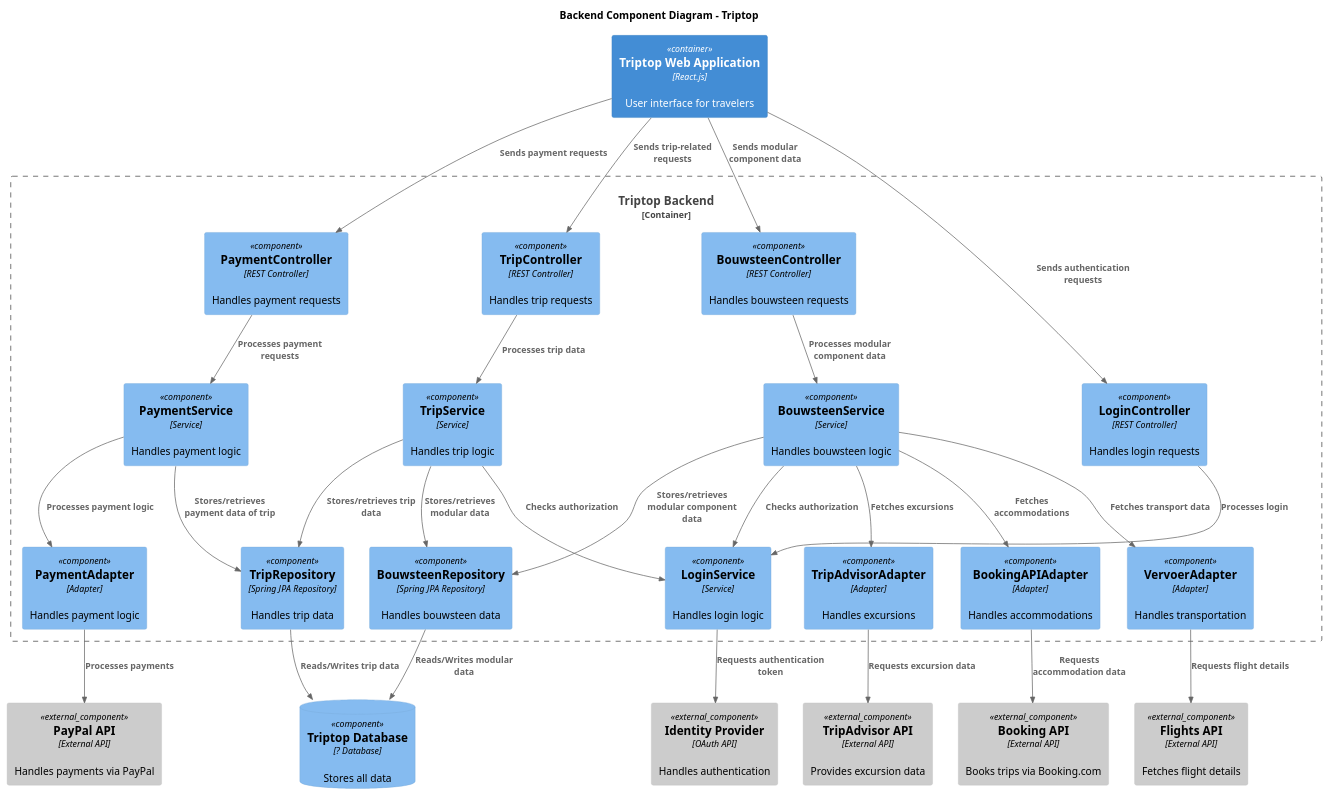
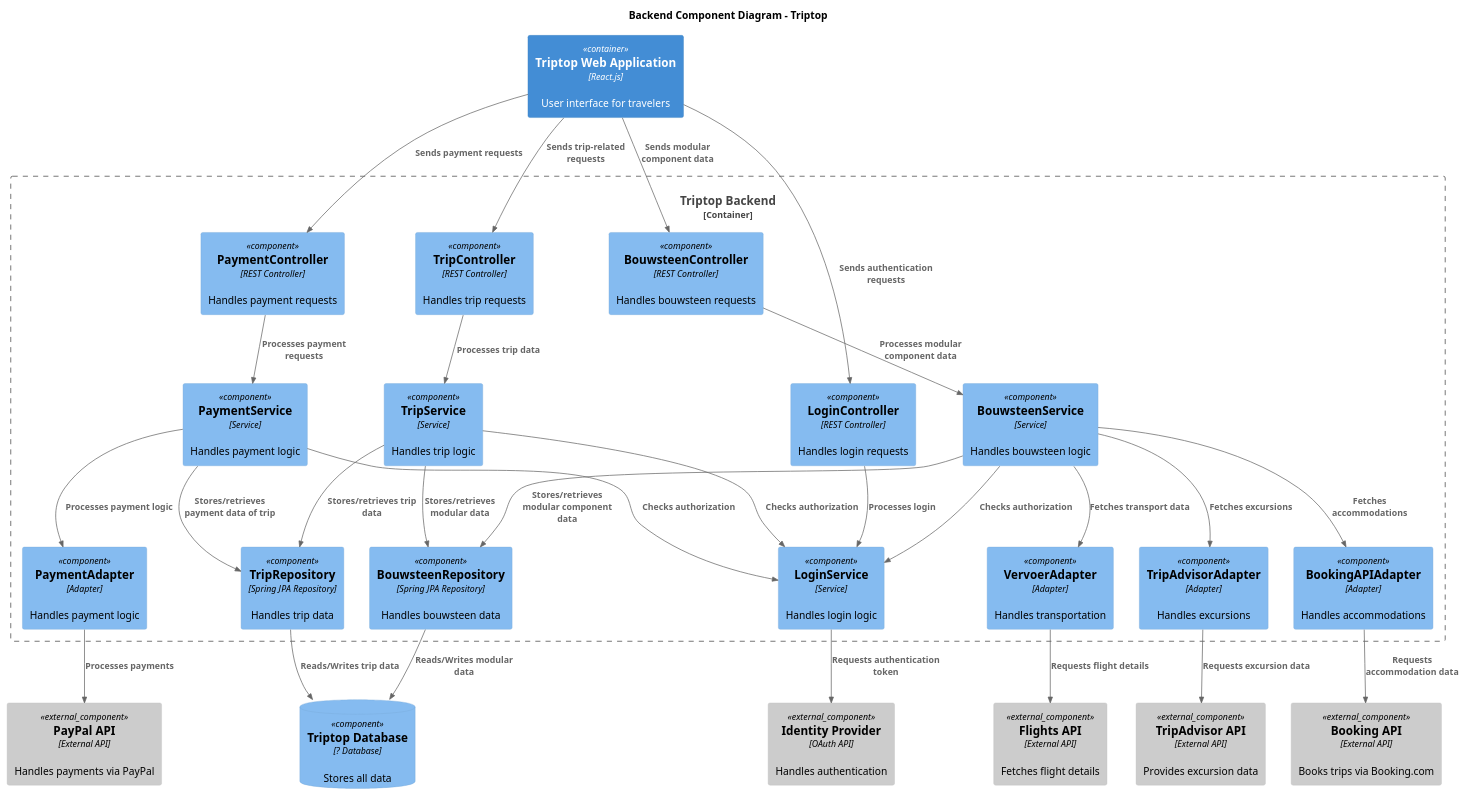
The diagram in Week2/Presentatie/component-diagrammen/component-diagram-backend.puml (AIM-ENE-feb25/triptop-inshallahboys), drawn with PlantUML before and after one commit.

Commit message:
Kleine aanpassing voor auth

```diff
--- a/Week2/Presentatie/component-diagrammen/component-diagram-backend.puml
+++ b/Week2/Presentatie/component-diagrammen/component-diagram-backend.puml
@@ -1,78 +1,79 @@
 @startuml
 !include https://raw.githubusercontent.com/plantuml-stdlib/C4-PlantUML/master/C4_Component.puml
 
 title Backend Component Diagram - Triptop
 
 Container_Boundary(backend, "Triptop Backend") {
 
     ' Payment systems
     Component(paymentController, "PaymentController", "REST Controller", "Handles payment requests")
     Component(paymentService, "PaymentService", "Service", "Handles payment logic")
     Component(paymentAdapter, "PaymentAdapter", "Adapter", "Handles payment logic")
 
     ' Login System
     Component(loginController, "LoginController", "REST Controller", "Handles login requests")
     Component(loginService, "LoginService", "Service", "Handles login logic")
 
     ' Trip Management
     Component(tripController, "TripController", "REST Controller", "Handles trip requests")
     Component(tripService, "TripService", "Service", "Handles trip logic")
     Component(tripRepository, "TripRepository", "Spring JPA Repository", "Handles trip data")
 
     ' Modular Components (Bouwstenen)
     Component(bouwsteenController, "BouwsteenController", "REST Controller", "Handles bouwsteen requests")
     Component(bouwsteenService, "BouwsteenService", "Service", "Handles bouwsteen logic")
     Component(bouwsteenRepository, "BouwsteenRepository", "Spring JPA Repository", "Handles bouwsteen data")
 
     ' External API Adapters
     Component(tripAdvisorAdapter, "TripAdvisorAdapter", "Adapter", "Handles excursions")
     Component(bookingAPIAdapter, "BookingAPIAdapter", "Adapter", "Handles accommodations")
     Component(vervoerAdapter, "VervoerAdapter", "Adapter", "Handles transportation")
 }
 
 ' Frontend
 Container(webApp, "Triptop Web Application", "React.js", "User interface for travelers")
 
 ' External Systems & Database
 ComponentDb(database, "Triptop Database", "? Database", "Stores all data")
 Component_Ext(identityProvider, "Identity Provider", "OAuth API", "Handles authentication")
 Component_Ext(bookingAPI, "Booking API", "External API", "Books trips via Booking.com")
 Component_Ext(tripAdvisor, "TripAdvisor API", "External API", "Provides excursion data")
 Component_Ext(flightsAPI, "Flights API", "External API", "Fetches flight details")
 Component_Ext(paypalAPI, "PayPal API", "External API", "Handles payments via PayPal")
 
 ' Relationships
 Rel(webApp, loginController, "Sends authentication requests")
 Rel(webApp, tripController, "Sends trip-related requests")
 Rel(webApp, bouwsteenController, "Sends modular component data")
 Rel(webApp, paymentController, "Sends payment requests")
 
 Rel(loginController, loginService, "Processes login")
 Rel(loginService, identityProvider, "Requests authentication token")
 
 Rel(tripController, tripService, "Processes trip data")
 Rel(tripService, tripRepository, "Stores/retrieves trip data")
 Rel(tripService, bouwsteenRepository, "Stores/retrieves modular data")
 Rel(tripService, loginService, "Checks authorization")
 
 Rel(bouwsteenController, bouwsteenService, "Processes modular component data")
 Rel(bouwsteenService, bouwsteenRepository, "Stores/retrieves modular component data")
 Rel(bouwsteenService, loginService, "Checks authorization")
 
 Rel(bouwsteenService, tripAdvisorAdapter, "Fetches excursions")
 Rel(bouwsteenService, bookingAPIAdapter, "Fetches accommodations")
 Rel(bouwsteenService, vervoerAdapter, "Fetches transport data")
 
 Rel(tripRepository, database, "Reads/Writes trip data")
 Rel(bouwsteenRepository, database, "Reads/Writes modular data")
 
 Rel(tripAdvisorAdapter, tripAdvisor, "Requests excursion data")
 Rel(bookingAPIAdapter, bookingAPI, "Requests accommodation data")
 Rel(vervoerAdapter, flightsAPI, "Requests flight details")
 
 Rel(paymentController, paymentService, "Processes payment requests")
 Rel(paymentService, paymentAdapter, "Processes payment logic")
 Rel(paymentService, tripRepository, "Stores/retrieves payment data of trip")
+Rel(paymentService, loginService, "Checks authorization")
 Rel(paymentAdapter, paypalAPI, "Processes payments")
 
 @enduml
```
